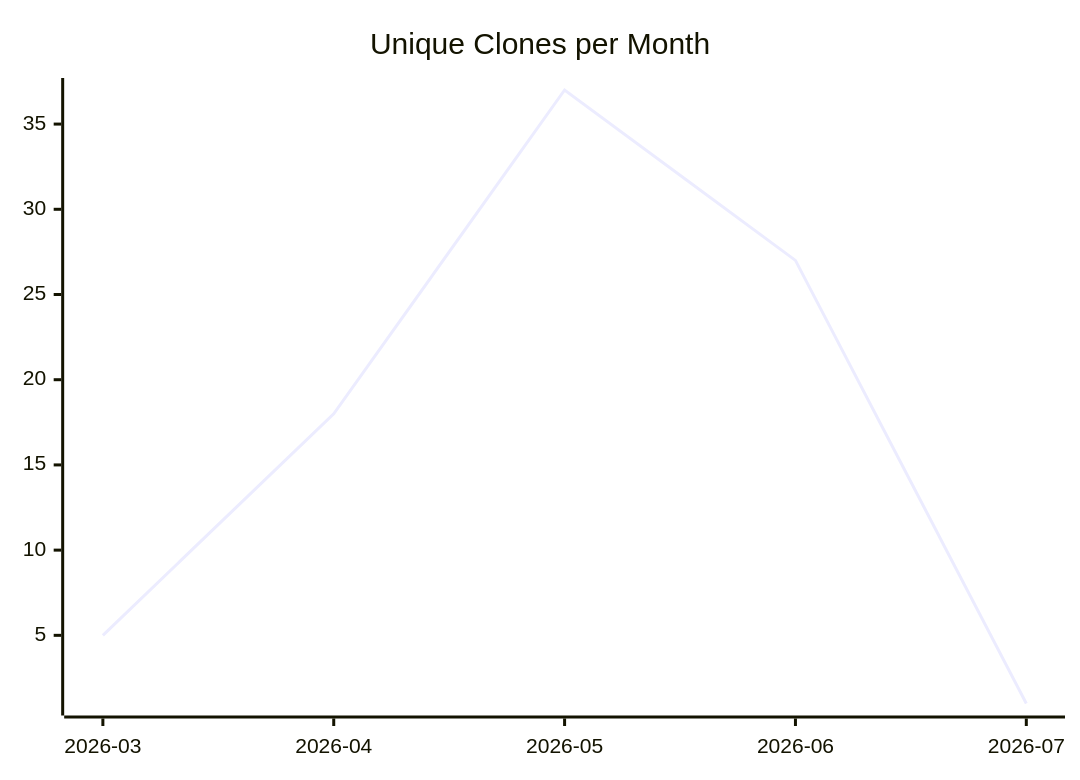
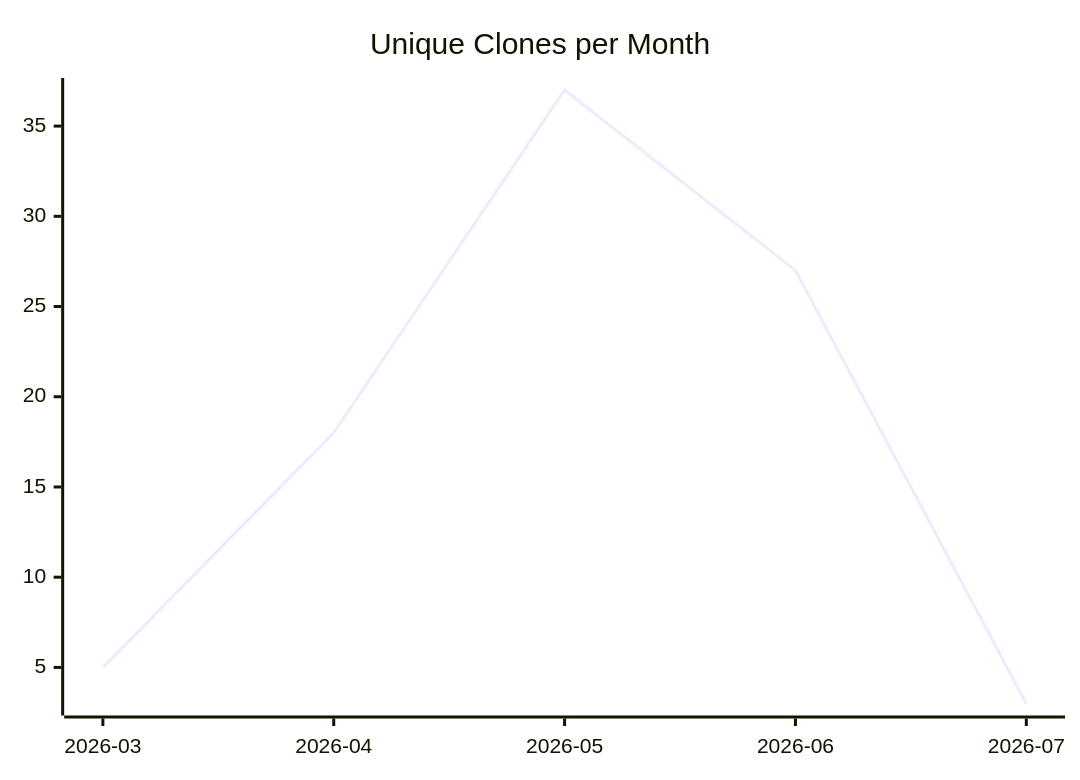
One commit to justdavis-family/github-analytics-data changed the third of 3 diagrams in karlmdavis/obsidian-operator/README.md. Above: the diagram before and after it, drawn with Mermaid. The commit also changed other lines of this file and 185 other files, not shown here.

````diff
--- a/karlmdavis/obsidian-operator/README.md
+++ b/karlmdavis/obsidian-operator/README.md
@@ -19,6 +19,6 @@
 ```mermaid
 xychart-beta
   title "Unique Clones per Month"
   x-axis ["2026-03", "2026-04", "2026-05", "2026-06", "2026-07"]
-  line [5, 18, 37, 27, 1]
+  line [5, 18, 37, 27, 3]
 ```
````
